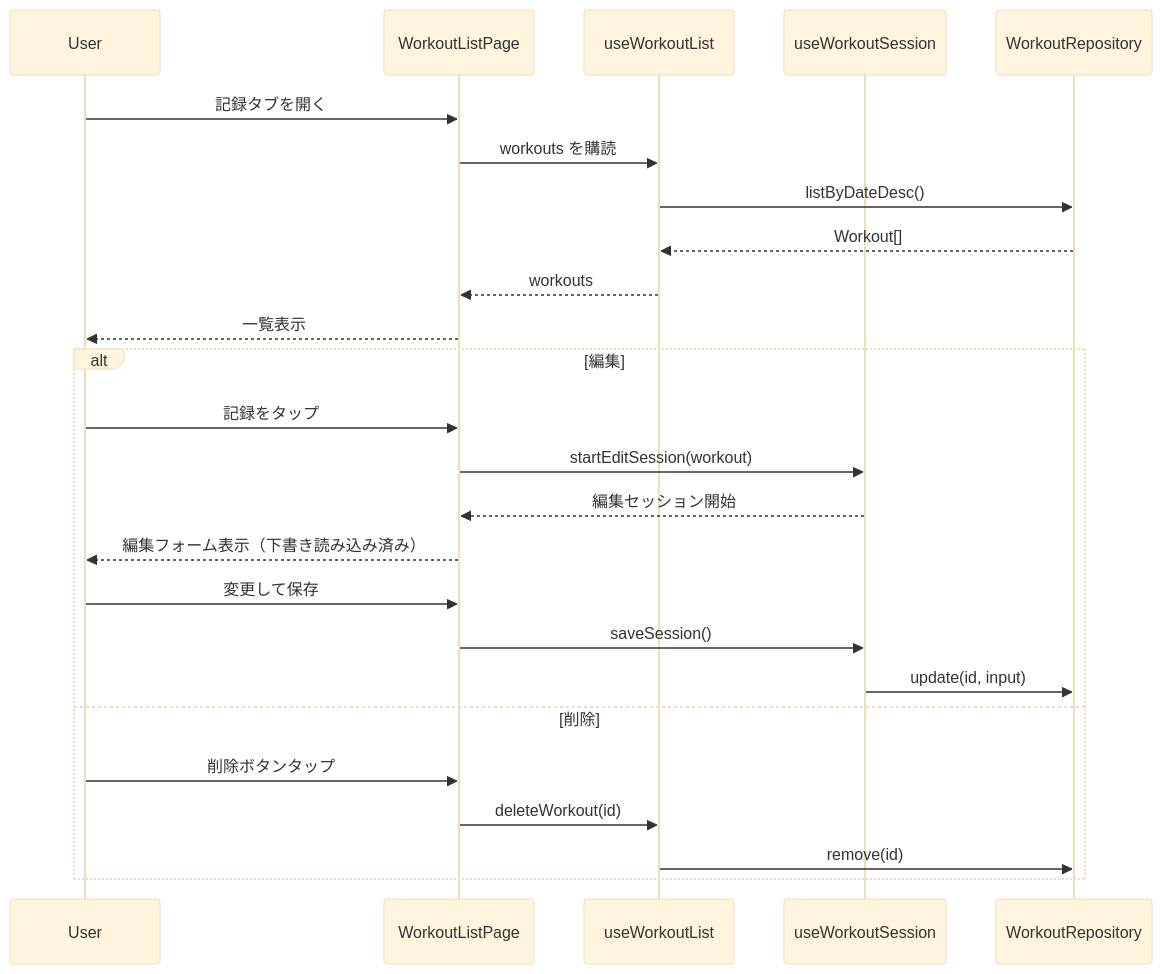
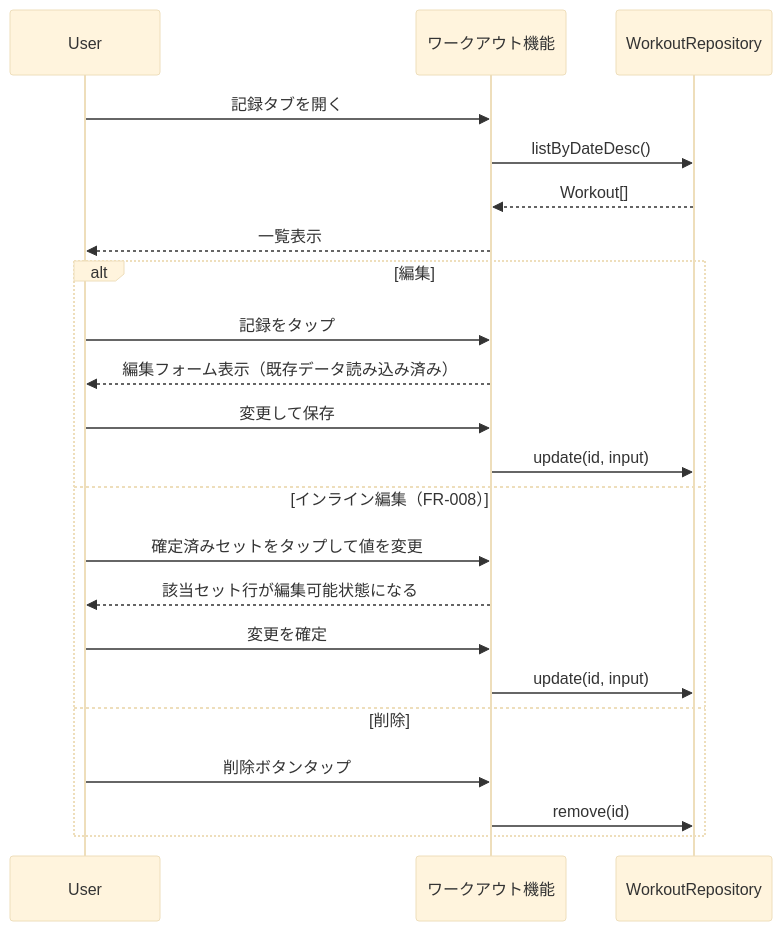
Before and after one commit to SakumaTakuya/gymini: the second of 2 diagrams in .sdd/specification/workout/index_spec.md, drawn with Mermaid (base theme). The commit also changed other lines of this file and 1 other file, not shown here.

Commit message:
Fix spec review findings: FR-008 coverage, DraftExercise type, abstraction
- Add DraftExercise type definition to index_spec.md Section 4.1
- Explicit FR-008 coverage in WorkoutRepository.update API description
- Add FR-008 inline edit flow to Section 7 sequence diagram
- Abstract implementation details (useWorkoutList/Session) from sequence diagram
- Remove DC_001/DC_003/DC_004 tech constraints from spec Section 8
- Fix FR-005 PRD reference: FR_001,FR_003 -> FR_005
- Fix PRD traceability table FR-008 entry to point to spec locations
- Clarify updateWorkout vs saveSession responsibility in index_design.md

````diff
--- a/.sdd/specification/workout/index_spec.md
+++ b/.sdd/specification/workout/index_spec.md
@@ -185,29 +195,26 @@
 ```mermaid
 sequenceDiagram
     participant User
-    participant WorkoutListPage
-    participant useWorkoutList
-    participant useWorkoutSession
+    participant WorkoutUI as ワークアウト機能
     participant WorkoutRepository
 
-    User->>WorkoutListPage: 記録タブを開く
-    WorkoutListPage->>useWorkoutList: workouts を購読
-    useWorkoutList->>WorkoutRepository: listByDateDesc()
-    WorkoutRepository-->>useWorkoutList: Workout[]
-    useWorkoutList-->>WorkoutListPage: workouts
-    WorkoutListPage-->>User: 一覧表示
+    User->>WorkoutUI: 記録タブを開く
+    WorkoutUI->>WorkoutRepository: listByDateDesc()
+    WorkoutRepository-->>WorkoutUI: Workout[]
+    WorkoutUI-->>User: 一覧表示
 
     alt 編集
-        User->>WorkoutListPage: 記録をタップ
-        WorkoutListPage->>useWorkoutSession: startEditSession(workout)
-        useWorkoutSession-->>WorkoutListPage: 編集セッション開始
-        WorkoutListPage-->>User: 編集フォーム表示（下書き読み込み済み）
-        User->>WorkoutListPage: 変更して保存
-        WorkoutListPage->>useWorkoutSession: saveSession()
-        useWorkoutSession->>WorkoutRepository: update(id, input)
+        User->>WorkoutUI: 記録をタップ
+        WorkoutUI-->>User: 編集フォーム表示（既存データ読み込み済み）
+        User->>WorkoutUI: 変更して保存
+        WorkoutUI->>WorkoutRepository: update(id, input)
+    else インライン編集（FR-008）
+        User->>WorkoutUI: 確定済みセットをタップして値を変更
+        WorkoutUI-->>User: 該当セット行が編集可能状態になる
+        User->>WorkoutUI: 変更を確定
+        WorkoutUI->>WorkoutRepository: update(id, input)
     else 削除
-        User->>WorkoutListPage: 削除ボタンタップ
-        WorkoutListPage->>useWorkoutList: deleteWorkout(id)
-        useWorkoutList->>WorkoutRepository: remove(id)
+        User->>WorkoutUI: 削除ボタンタップ
+        WorkoutUI->>WorkoutRepository: remove(id)
     end
 ```
````
